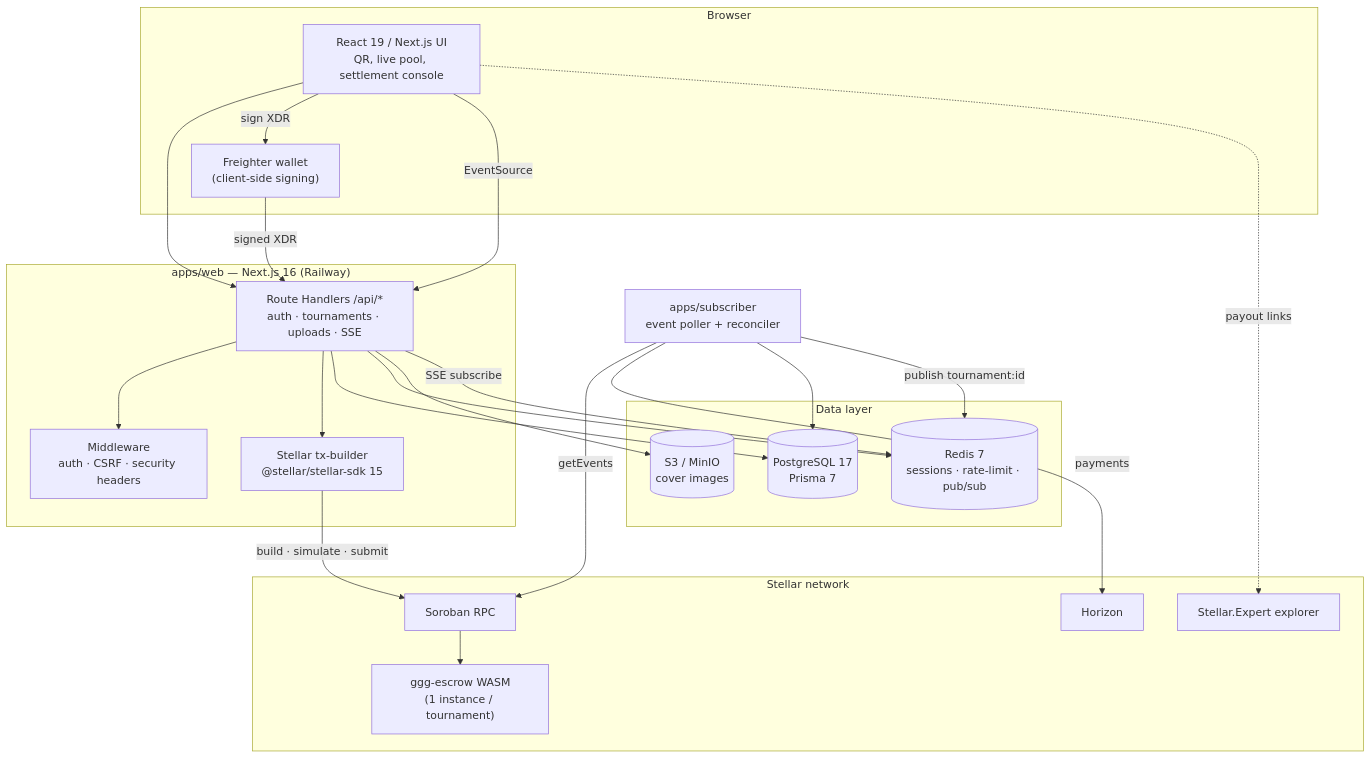
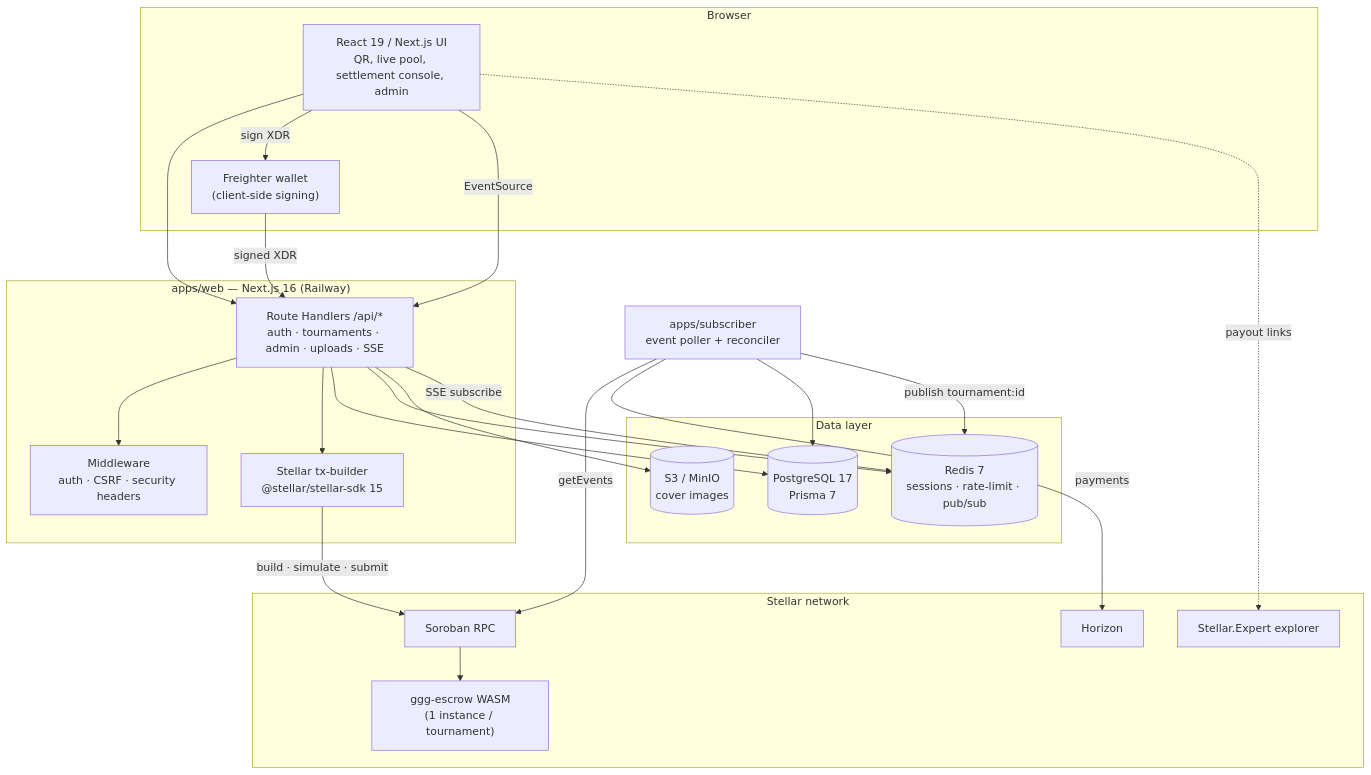
One commit to aizypena/ggg changed the first of 4 diagrams in README.md. Above: the diagram before and after it, drawn with Mermaid. The commit also changed other lines of this file, not shown here.

````diff
--- a/README.md
+++ b/README.md
@@ -78,46 +88,46 @@
 ```mermaid
 flowchart TD
     subgraph Client["Browser"]
-        UI["React 19 / Next.js UI<br/>QR, live pool, settlement console"]
+        UI["React 19 / Next.js UI<br/>QR, live pool, settlement console, admin"]
         FR["Freighter wallet<br/>(client-side signing)"]
     end
 
     subgraph Web["apps/web — Next.js 16 (Railway)"]
-        RH["Route Handlers /api/*<br/>auth · tournaments · uploads · SSE"]
+        RH["Route Handlers /api/*<br/>auth · tournaments · admin · uploads · SSE"]
         TX["Stellar tx-builder<br/>@stellar/stellar-sdk 15"]
         MW["Middleware<br/>auth · CSRF · security headers"]
     end
 
     subgraph Data["Data layer"]
         PG[("PostgreSQL 17<br/>Prisma 7")]
         RD[("Redis 7<br/>sessions · rate-limit · pub/sub")]
         S3[("S3 / MinIO<br/>cover images")]
     end
 
     SUB["apps/subscriber<br/>event poller + reconciler"]
 
     subgraph Stellar["Stellar network"]
         RPC["Soroban RPC"]
         HZ["Horizon"]
         ESC["ggg-escrow WASM<br/>(1 instance / tournament)"]
         EXP["Stellar.Expert explorer"]
     end
 
     UI --> RH
     UI -->|"sign XDR"| FR
     FR -->|"signed XDR"| RH
     RH --> MW
     RH --> TX
     RH --> PG
     RH --> RD
     RH --> S3
     TX -->|"build · simulate · submit"| RPC
     RPC --> ESC
     SUB -->|"getEvents"| RPC
     SUB -->|"payments"| HZ
     SUB --> PG
     SUB -->|"publish tournament:id"| RD
     RH -->|"SSE subscribe"| RD
     UI -->|"EventSource"| RH
     UI -.->|"payout links"| EXP
 ```
````
